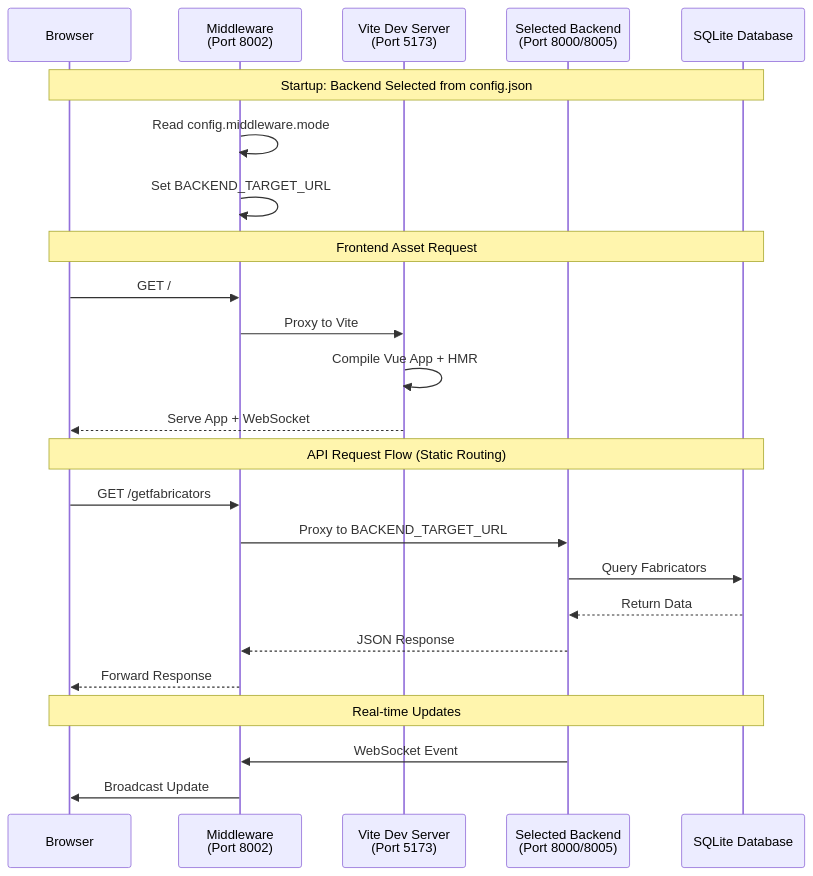
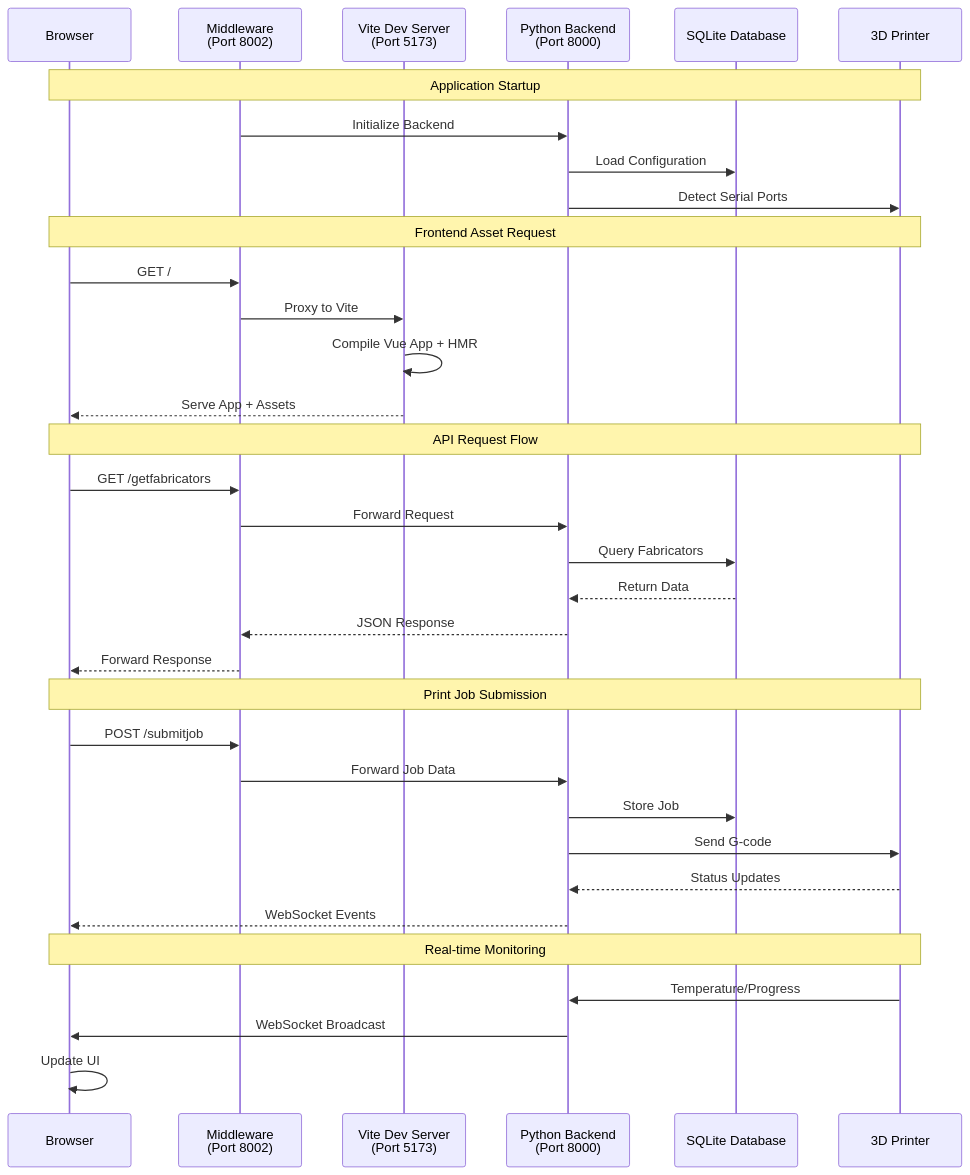
Before and after one commit to sunyhydralab/QView3D: the second of 2 diagrams in README.md, drawn with Mermaid. The commit also changed other lines of this file and 3 other files, not shown here.

````diff
--- a/README.md
+++ b/README.md
@@ -99,30 +116,41 @@
 ```mermaid
 sequenceDiagram
     participant B as Browser
     participant M as Middleware<br/>(Port 8002)
     participant V as Vite Dev Server<br/>(Port 5173)
-    participant BE as Selected Backend<br/>(Port 8000/8005)
+    participant P as Python Backend<br/>(Port 8000)
     participant DB as SQLite Database
+    participant PR as 3D Printer
 
-    Note over B,DB: Startup: Backend Selected from config.json
-    M->>M: Read config.middleware.mode
-    M->>M: Set BACKEND_TARGET_URL
+    Note over B,PR: Application Startup
+    M->>P: Initialize Backend
+    P->>DB: Load Configuration
+    P->>PR: Detect Serial Ports
 
-    Note over B,DB: Frontend Asset Request
+    Note over B,PR: Frontend Asset Request
     B->>M: GET /
     M->>V: Proxy to Vite
     V->>V: Compile Vue App + HMR
-    V-->>B: Serve App + WebSocket
+    V-->>B: Serve App + Assets
 
-    Note over B,DB: API Request Flow (Static Routing)
+    Note over B,PR: API Request Flow
     B->>M: GET /getfabricators
-    M->>BE: Proxy to BACKEND_TARGET_URL
-    BE->>DB: Query Fabricators
-    DB-->>BE: Return Data
-    BE-->>M: JSON Response
+    M->>P: Forward Request
+    P->>DB: Query Fabricators
+    DB-->>P: Return Data
+    P-->>M: JSON Response
     M-->>B: Forward Response
 
-    Note over B,DB: Real-time Updates
-    BE->>M: WebSocket Event
-    M->>B: Broadcast Update
+    Note over B,PR: Print Job Submission
+    B->>M: POST /submitjob
+    M->>P: Forward Job Data
+    P->>DB: Store Job
+    P->>PR: Send G-code
+    PR-->>P: Status Updates
+    P-->>B: WebSocket Events
+
+    Note over B,PR: Real-time Monitoring
+    PR->>P: Temperature/Progress
+    P->>B: WebSocket Broadcast
+    B->>B: Update UI
 ```
````
